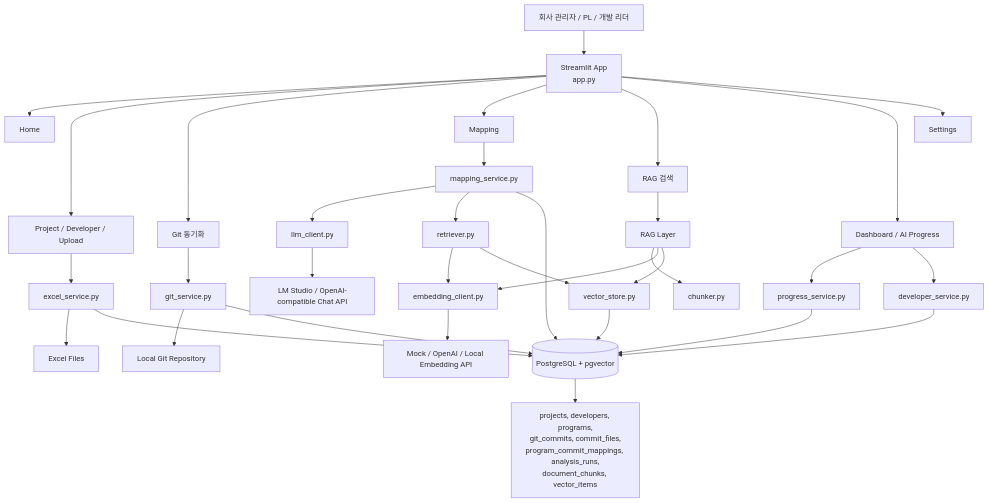
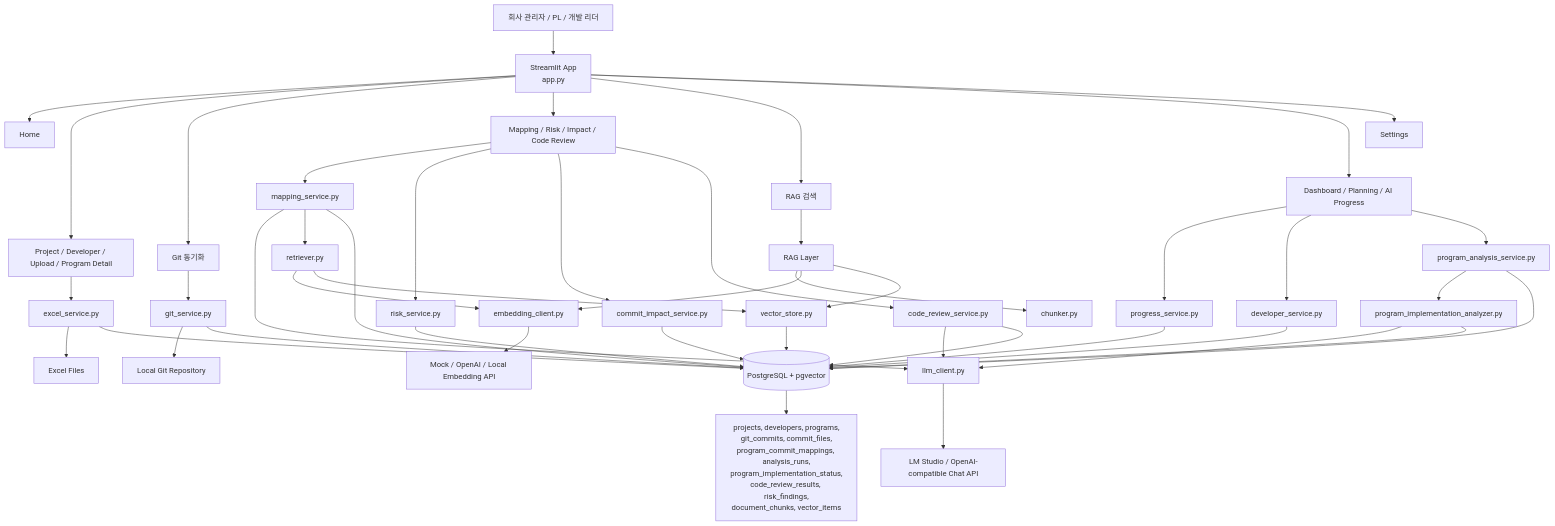
The first of 7 diagrams in README_ARCHITECTURE.md (ino5/ai-commit-advisor-26), drawn with Mermaid before and after one commit. The commit also changed other lines of this file, not shown here.

Commit message:
Update architecture documentation

````diff
--- a/README_ARCHITECTURE.md
+++ b/README_ARCHITECTURE.md
@@ -7,41 +7,53 @@
 ```mermaid
 flowchart TB
     User["회사 관리자 / PL / 개발 리더"] --> Streamlit["Streamlit App<br/>app.py"]
 
     Streamlit --> Home["Home"]
-    Streamlit --> ProjectUI["Project / Developer / Upload"]
+    Streamlit --> ProjectUI["Project / Developer / Upload / Program Detail"]
     Streamlit --> GitUI["Git 동기화"]
-    Streamlit --> MappingUI["Mapping"]
+    Streamlit --> MappingUI["Mapping / Risk / Impact / Code Review"]
     Streamlit --> RagUI["RAG 검색"]
-    Streamlit --> DashboardUI["Dashboard / AI Progress"]
+    Streamlit --> DashboardUI["Dashboard / Planning / AI Progress"]
     Streamlit --> SettingsUI["Settings"]
 
     ProjectUI --> ExcelService["excel_service.py"]
     GitUI --> GitService["git_service.py"]
     MappingUI --> MappingService["mapping_service.py"]
+    MappingUI --> RiskService["risk_service.py"]
+    MappingUI --> ImpactService["commit_impact_service.py"]
+    MappingUI --> CodeReviewService["code_review_service.py"]
     RagUI --> RagLayer["RAG Layer"]
     DashboardUI --> ProgressService["progress_service.py"]
     DashboardUI --> DeveloperService["developer_service.py"]
+    DashboardUI --> ProgramAnalysisService["program_analysis_service.py"]
 
     MappingService --> LLMClient["llm_client.py"]
+    CodeReviewService --> LLMClient
+    ProgramAnalysisService --> ImplementationAnalyzer["program_implementation_analyzer.py"]
+    ImplementationAnalyzer --> LLMClient
     MappingService --> Retriever["retriever.py"]
     Retriever --> EmbeddingClient["embedding_client.py"]
     Retriever --> VectorStore["vector_store.py"]
     RagLayer --> Chunker["chunker.py"]
     RagLayer --> EmbeddingClient
     RagLayer --> VectorStore
 
     LLMClient --> LocalLLM["LM Studio / OpenAI-compatible Chat API"]
     EmbeddingClient --> EmbeddingAPI["Mock / OpenAI / Local Embedding API"]
     GitService --> LocalGit["Local Git Repository"]
     ExcelService --> ExcelFiles["Excel Files"]
 
     ExcelService --> DB[(PostgreSQL + pgvector)]
     GitService --> DB
     MappingService --> DB
+    RiskService --> DB
+    ImpactService --> DB
+    CodeReviewService --> DB
     ProgressService --> DB
     DeveloperService --> DB
+    ProgramAnalysisService --> DB
+    ImplementationAnalyzer --> DB
     VectorStore --> DB
 
-    DB --> Tables["projects, developers, programs,<br/>git_commits, commit_files,<br/>program_commit_mappings, analysis_runs,<br/>document_chunks, vector_items"]
+    DB --> Tables["projects, developers, programs,<br/>git_commits, commit_files,<br/>program_commit_mappings, analysis_runs,<br/>program_implementation_status,<br/>code_review_results, risk_findings,<br/>document_chunks, vector_items"]
 ```
````
